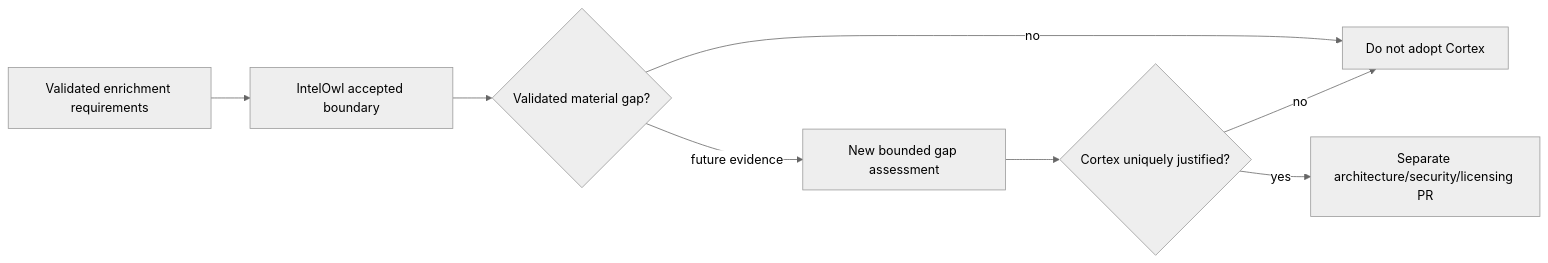
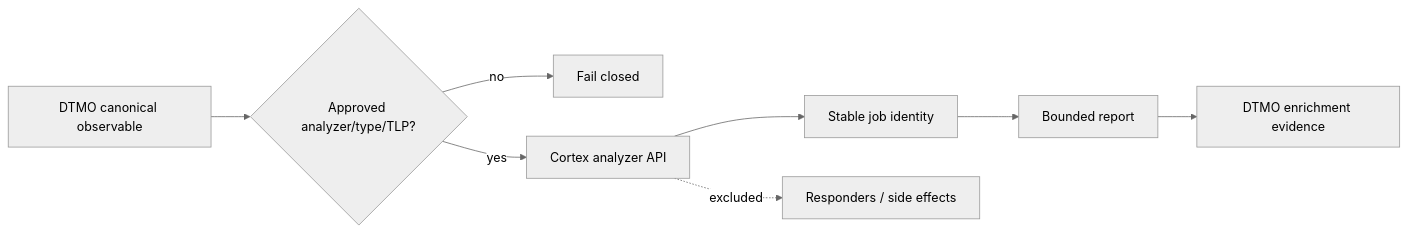
Before and after one commit to GJvManen/dtmo: the second of 2 diagrams in docs/roadmap/PLATFORM_INDUSTRIALISATION_ROADMAP.md, drawn with Mermaid (neutral theme). The commit also changed other lines of this file, not shown here.

Commit message:
Phase 11.7b: activate owner-required Cortex connector

````diff
--- a/docs/roadmap/PLATFORM_INDUSTRIALISATION_ROADMAP.md
+++ b/docs/roadmap/PLATFORM_INDUSTRIALISATION_ROADMAP.md
@@ -82,10 +91,10 @@
 ```mermaid
 flowchart LR
-    R[Validated enrichment requirements] --> I[IntelOwl accepted boundary]
-    I --> G{Validated material gap?}
-    G -->|no| N[Do not adopt Cortex]
-    G -->|future evidence| A[New bounded gap assessment]
-    A --> C{Cortex uniquely justified?}
-    C -->|yes| P[Separate architecture/security/licensing PR]
-    C -->|no| N
+    D[DTMO canonical observable] --> G{Approved analyzer/type/TLP?}
+    G -->|no| X[Fail closed]
+    G -->|yes| C[Cortex analyzer API]
+    C --> J[Stable job identity]
+    J --> R[Bounded report]
+    R --> E[DTMO enrichment evidence]
+    C -. excluded .-> Z[Responders / side effects]
 ```
````
